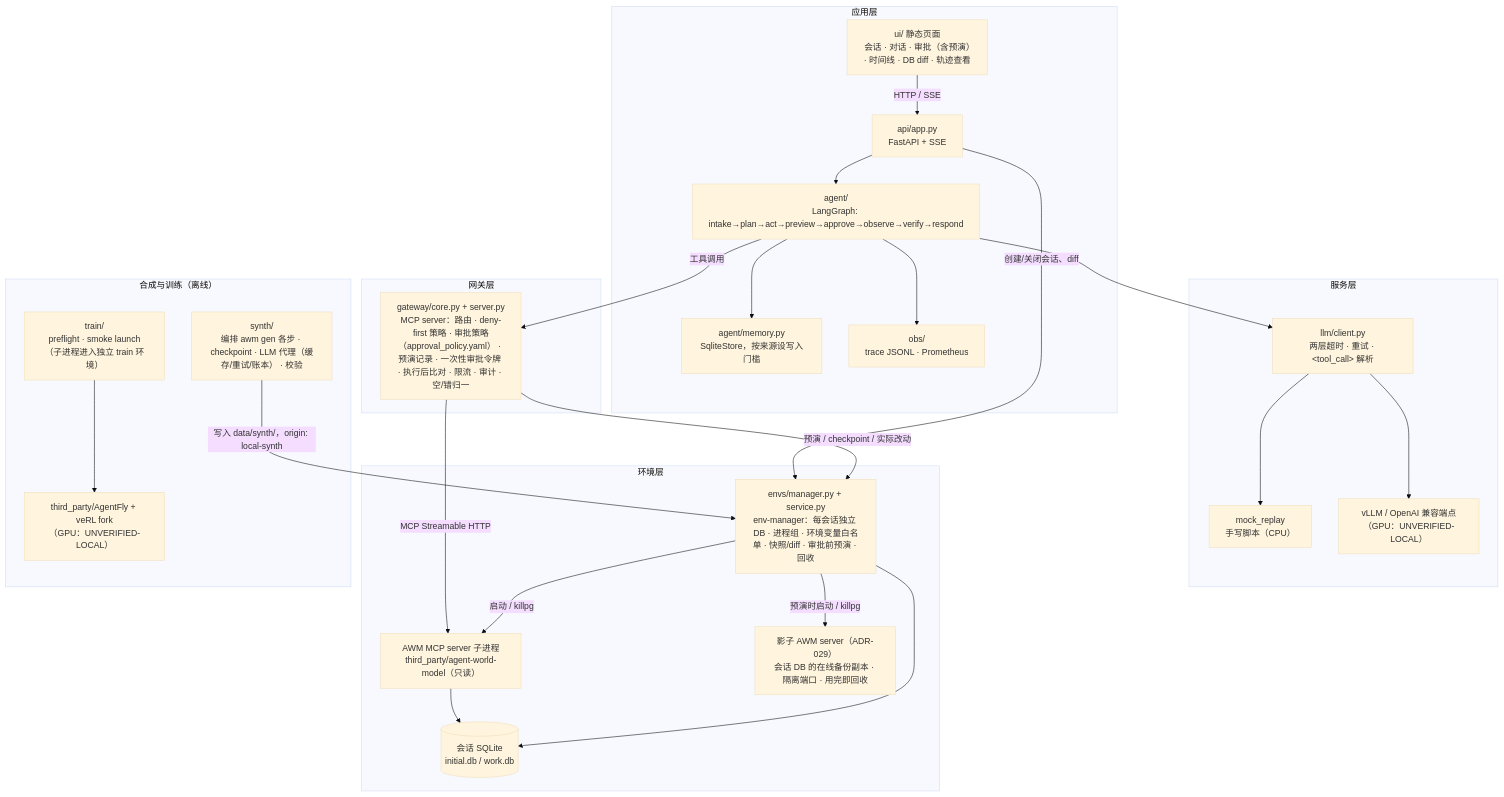
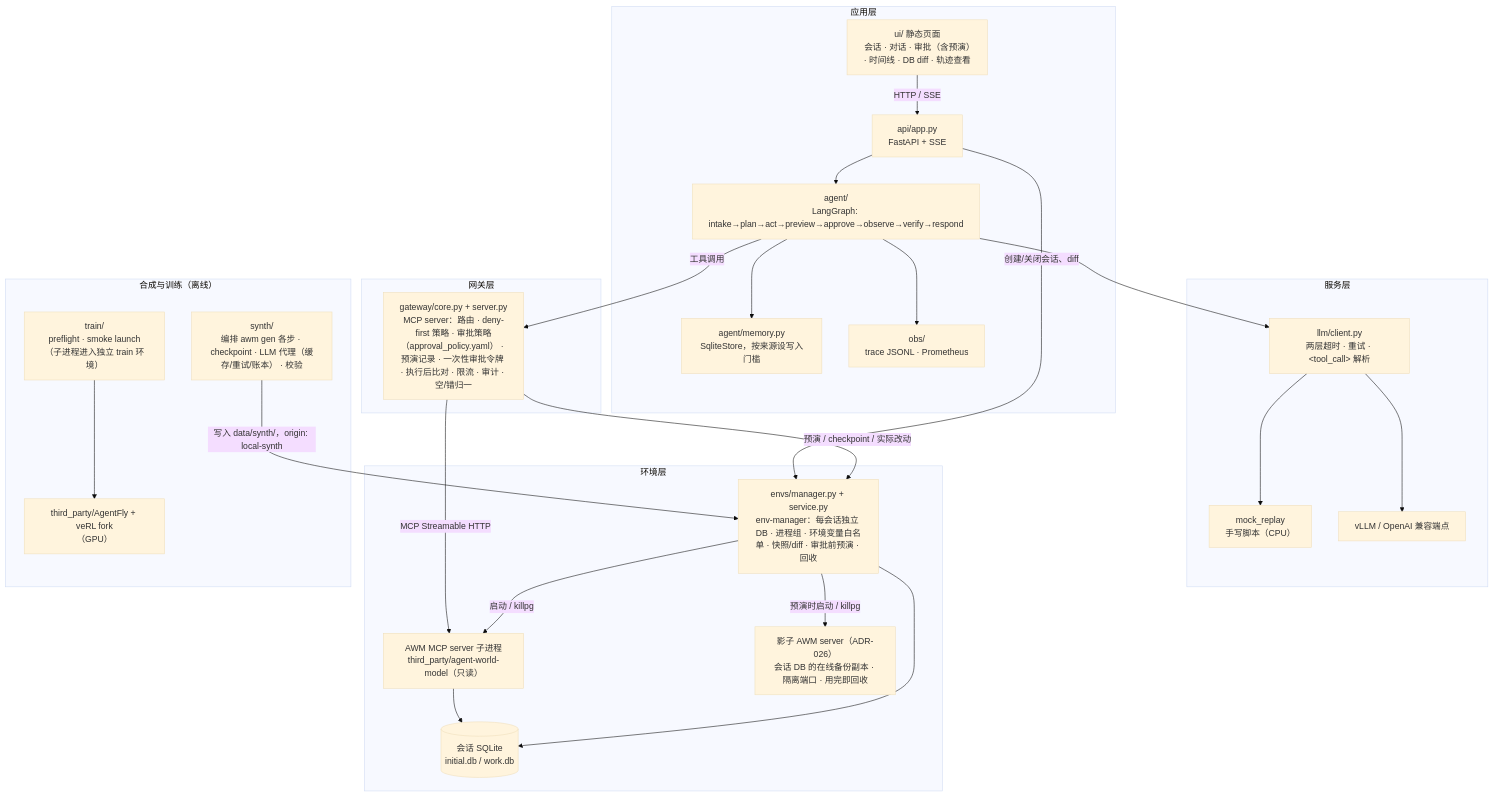
The first of 3 diagrams in docs/ARCHITECTURE.md (INF-NAN/BizAgent), drawn with Mermaid (base theme) before and after one commit. The commit also changed other lines of this file and 7 other files, not shown here.

````diff
--- a/docs/ARCHITECTURE.md
+++ b/docs/ARCHITECTURE.md
@@ -7,45 +7,45 @@
 ```mermaid
 flowchart TB
   subgraph APP["应用层"]
     UI["ui/ 静态页面<br/>会话 · 对话 · 审批（含预演）· 时间线 · DB diff · 轨迹查看"]
     API["api/app.py<br/>FastAPI + SSE"]
     AGENT["agent/<br/>LangGraph: intake→plan→act→preview→approve→observe→verify→respond"]
     MEM["agent/memory.py<br/>SqliteStore，按来源设写入门槛"]
     OBS["obs/<br/>trace JSONL · Prometheus"]
   end
   subgraph SERVE["服务层"]
     LLM["llm/client.py<br/>两层超时 · 重试 · &lt;tool_call&gt; 解析"]
     MOCK["mock_replay<br/>手写脚本（CPU）"]
-    VLLM["vLLM / OpenAI 兼容端点<br/>（GPU：UNVERIFIED-LOCAL）"]
+    VLLM["vLLM / OpenAI 兼容端点"]
   end
   subgraph GW["网关层"]
     GATE["gateway/core.py + server.py<br/>MCP server：路由 · deny-first 策略 · 审批策略（approval_policy.yaml） · 预演记录 · 一次性审批令牌 · 执行后比对 · 限流 · 审计 · 空/错归一"]
   end
   subgraph ENV["环境层"]
     MGR["envs/manager.py + service.py<br/>env-manager：每会话独立 DB · 进程组 · 环境变量白名单 · 快照/diff · 审批前预演 · 回收"]
     AWMSRV["AWM MCP server 子进程<br/>third_party/agent-world-model（只读）"]
     DB[("会话 SQLite<br/>initial.db / work.db")]
-    SHADOW["影子 AWM server（ADR-029）<br/>会话 DB 的在线备份副本 · 隔离端口 · 用完即回收"]
+    SHADOW["影子 AWM server（ADR-026）<br/>会话 DB 的在线备份副本 · 隔离端口 · 用完即回收"]
   end
   subgraph OFF["合成与训练（离线）"]
     SYN["synth/<br/>编排 awm gen 各步 · checkpoint · LLM 代理（缓存/重试/账本） · 校验"]
     TRAIN["train/<br/>preflight · smoke launch（子进程进入独立 train 环境）"]
-    AF["third_party/AgentFly + veRL fork<br/>（GPU：UNVERIFIED-LOCAL）"]
+    AF["third_party/AgentFly + veRL fork<br/>（GPU）"]
   end
 
   UI -->|HTTP / SSE| API --> AGENT
   AGENT --> MEM
   AGENT --> OBS
   AGENT --> LLM
   LLM --> MOCK
   LLM --> VLLM
   AGENT -->|工具调用| GATE
   GATE -->|MCP Streamable HTTP| AWMSRV --> DB
   API -->|创建/关闭会话、diff| MGR
   MGR -->|启动 / killpg| AWMSRV
   MGR --> DB
   GATE -->|预演 / checkpoint / 实际改动| MGR
   MGR -->|预演时启动 / killpg| SHADOW
   SYN -->|写入 data/synth/，origin: local-synth| MGR
   TRAIN --> AF
 ```
````
